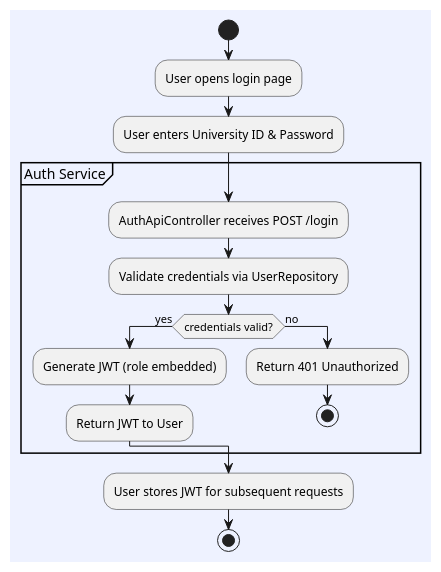
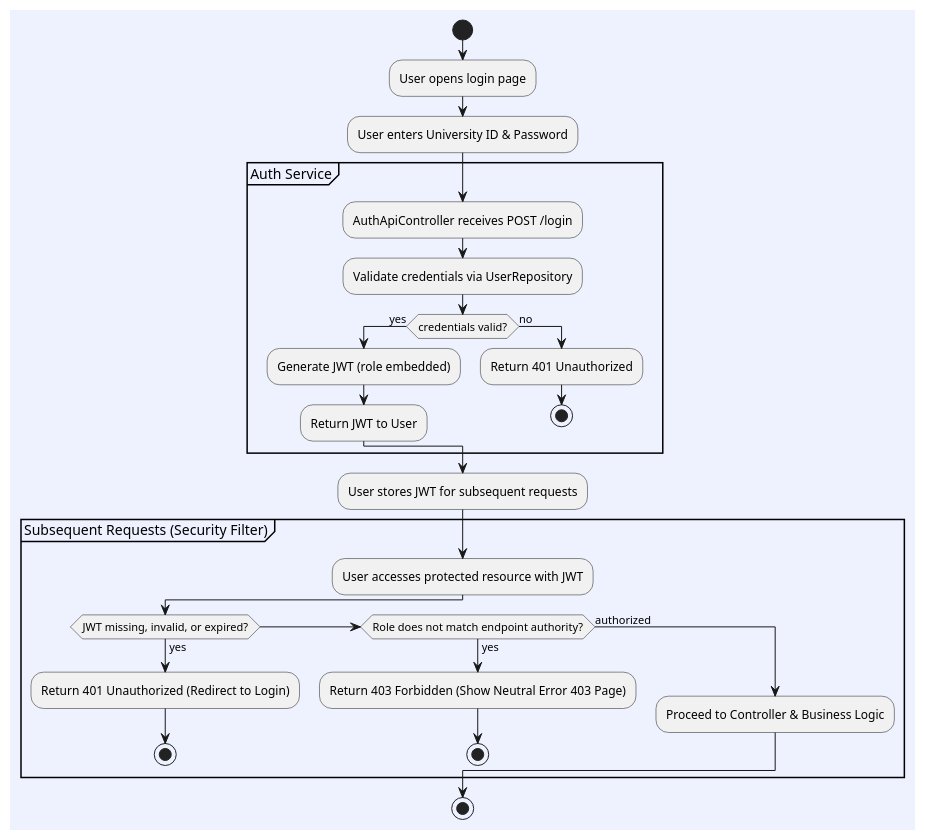
The diagram in doc/diagram/ActivityDiagram/activity_authentication.puml (synthesixer/AcadOS), drawn with PlantUML before and after one commit. The commit also changed 18 other files, not shown here.

First line of the commit message:
fix Refactor diagram to up to date

```diff
--- a/doc/diagram/ActivityDiagram/activity_authentication.puml
+++ b/doc/diagram/ActivityDiagram/activity_authentication.puml
@@ -1,22 +1,35 @@
 @startuml
 skinparam backgroundColor #EEF2FF
 
-' Authentication Activity Diagram
+' Authentication & Authorization Activity Diagram
 
 start
 :User opens login page;
 :User enters University ID & Password;
 partition "Auth Service" {
     :AuthApiController receives POST /login;
     :Validate credentials via UserRepository;
     if (credentials valid?) then (yes)
         :Generate JWT (role embedded);
         :Return JWT to User;
     else (no)
         :Return 401 Unauthorized;
         stop
     endif
 }
 :User stores JWT for subsequent requests;
+
+partition "Subsequent Requests (Security Filter)" {
+    :User accesses protected resource with JWT;
+    if (JWT missing, invalid, or expired?) then (yes)
+        :Return 401 Unauthorized (Redirect to Login);
+        stop
+    elseif (Role does not match endpoint authority?) then (yes)
+        :Return 403 Forbidden (Show Neutral Error 403 Page);
+        stop
+    else (authorized)
+        :Proceed to Controller & Business Logic;
+    endif
+}
 stop
 @enduml
```
